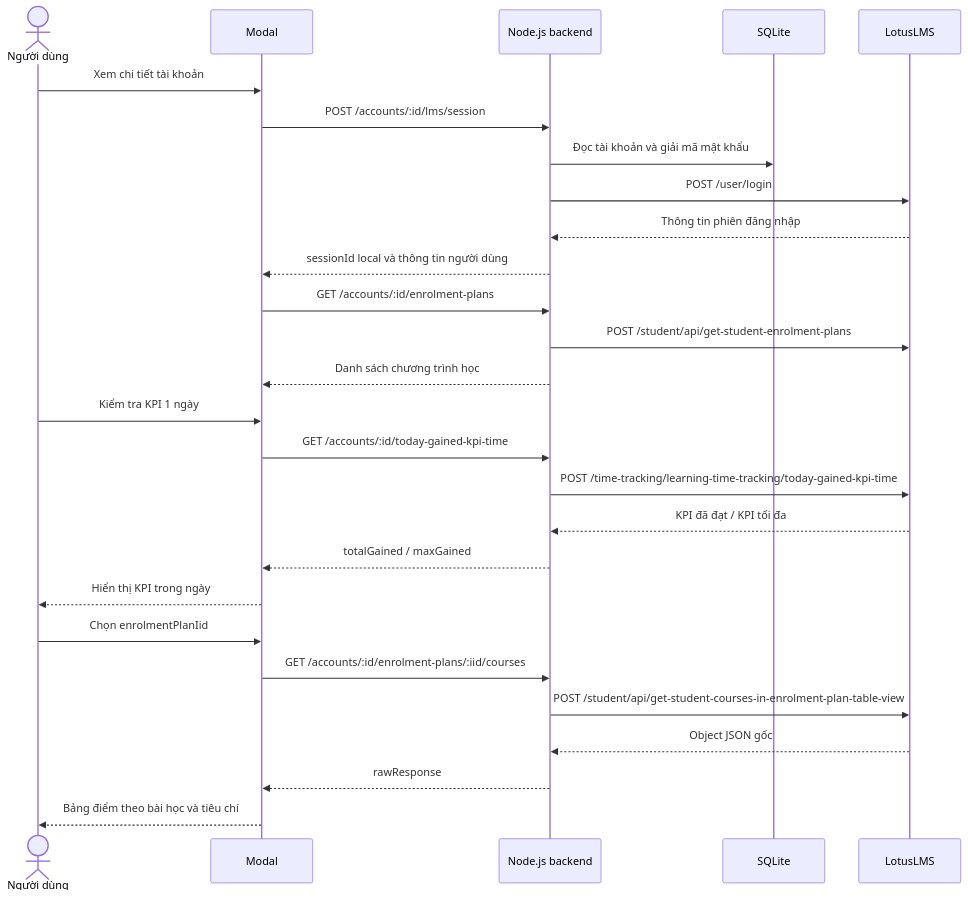
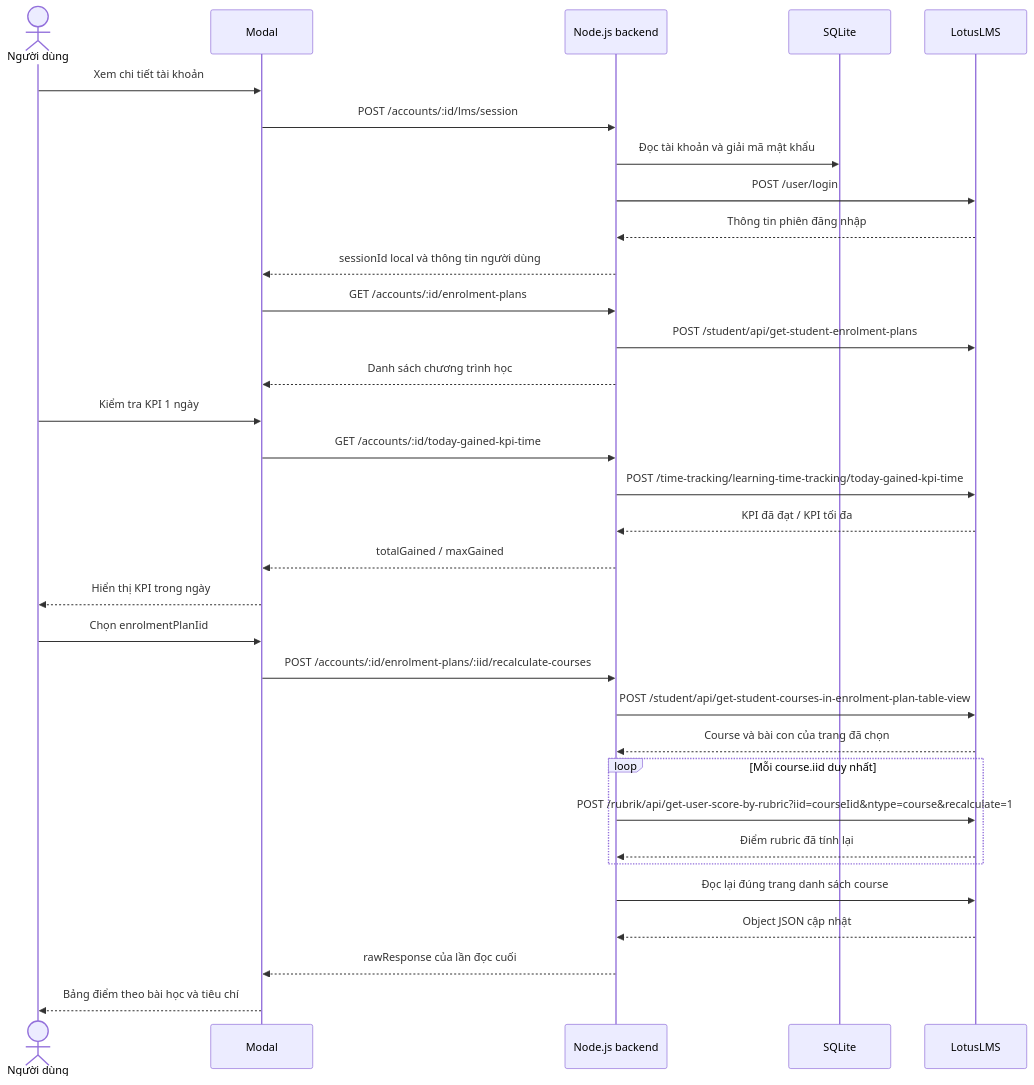
The diagram in client/docs/FEATURES.md (buigiayen/auto_lms), drawn with Mermaid before and after one commit. The commit also changed other lines of this file and 10 other files, not shown here.

Commit message:
feat: add rubric recalculation endpoint and integrate user score retrieval

````diff
--- a/client/docs/FEATURES.md
+++ b/client/docs/FEATURES.md
@@ -152,29 +155,35 @@
 ```mermaid
 sequenceDiagram
     actor User as Người dùng
     participant UI as Modal
     participant API as Node.js backend
     participant DB as SQLite
     participant LMS as LotusLMS
     User->>UI: Xem chi tiết tài khoản
     UI->>API: POST /accounts/:id/lms/session
     API->>DB: Đọc tài khoản và giải mã mật khẩu
     API->>LMS: POST /user/login
     LMS-->>API: Thông tin phiên đăng nhập
     API-->>UI: sessionId local và thông tin người dùng
     UI->>API: GET /accounts/:id/enrolment-plans
     API->>LMS: POST /student/api/get-student-enrolment-plans
     API-->>UI: Danh sách chương trình học
     User->>UI: Kiểm tra KPI 1 ngày
     UI->>API: GET /accounts/:id/today-gained-kpi-time
     API->>LMS: POST /time-tracking/learning-time-tracking/today-gained-kpi-time
     LMS-->>API: KPI đã đạt / KPI tối đa
     API-->>UI: totalGained / maxGained
     UI-->>User: Hiển thị KPI trong ngày
     User->>UI: Chọn enrolmentPlanIid
-    UI->>API: GET /accounts/:id/enrolment-plans/:iid/courses
+    UI->>API: POST /accounts/:id/enrolment-plans/:iid/recalculate-courses
     API->>LMS: POST /student/api/get-student-courses-in-enrolment-plan-table-view
-    LMS-->>API: Object JSON gốc
-    API-->>UI: rawResponse
+    LMS-->>API: Course và bài con của trang đã chọn
+    loop Mỗi course.iid duy nhất
+        API->>LMS: POST /rubrik/api/get-user-score-by-rubric?iid=courseIid&ntype=course&recalculate=1
+        LMS-->>API: Điểm rubric đã tính lại
+    end
+    API->>LMS: Đọc lại đúng trang danh sách course
+    LMS-->>API: Object JSON cập nhật
+    API-->>UI: rawResponse của lần đọc cuối
     UI-->>User: Bảng điểm theo bài học và tiêu chí
 ```
````
